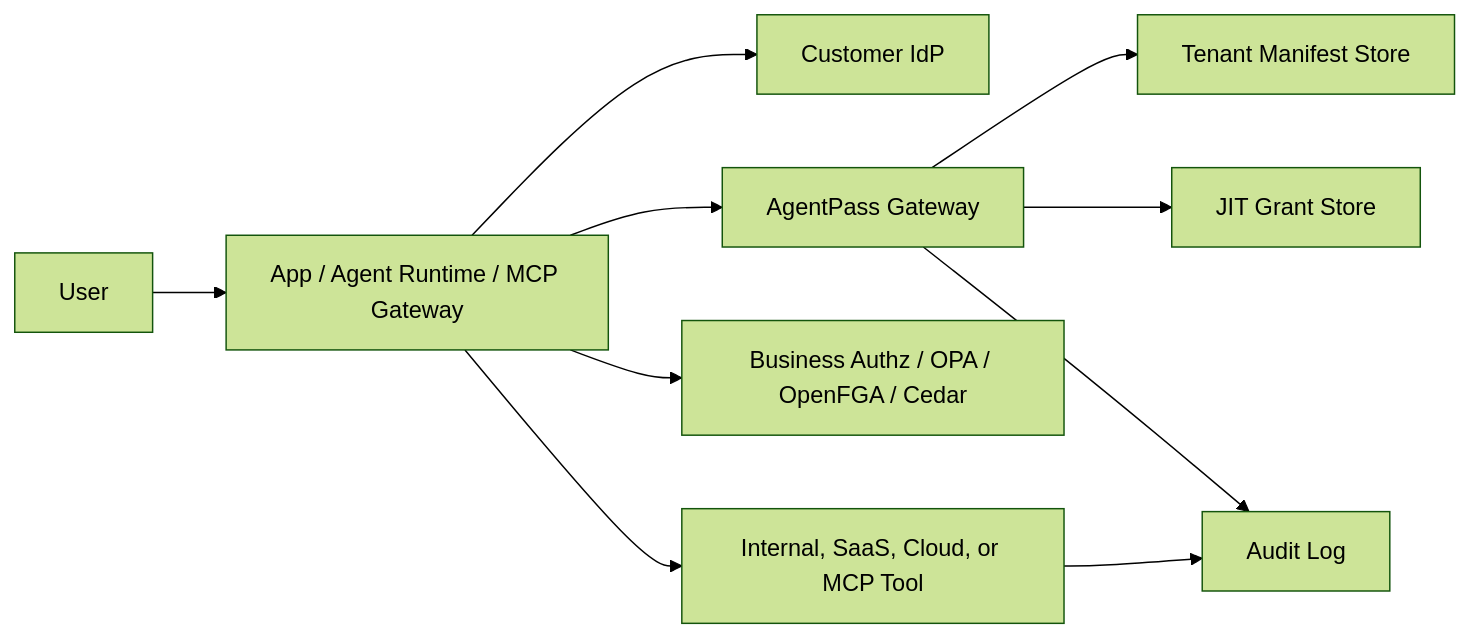
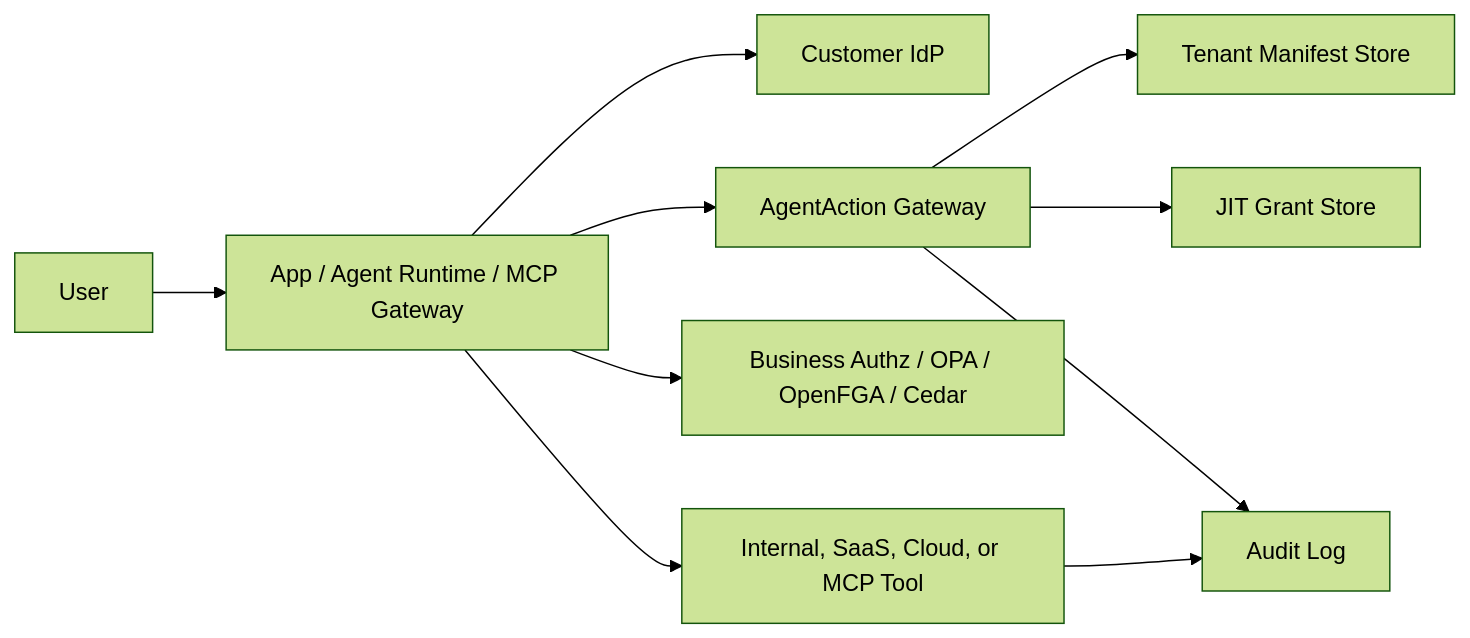
Before and after one commit to dinpd/AgentAction: the diagram in docs/integration-patterns.md, drawn with Mermaid (forest theme). The commit also changed other lines of this file and 174 other files, not shown here.

Commit message:
Rename project to AgentAction (#106) (#107)

````diff
--- a/docs/integration-patterns.md
+++ b/docs/integration-patterns.md
@@ -15,22 +15,22 @@
 ```mermaid
 flowchart LR
     User["User"]
     App["App / Agent Runtime / MCP Gateway"]
     IdP["Customer IdP"]
-    AgentPass["AgentPass Gateway"]
+    AgentAction["AgentAction Gateway"]
     Manifest["Tenant Manifest Store"]
     JIT["JIT Grant Store"]
     Authz["Business Authz / OPA / OpenFGA / Cedar"]
     Tool["Internal, SaaS, Cloud, or MCP Tool"]
     Audit["Audit Log"]
 
     User --> App
     App --> IdP
-    App --> AgentPass
-    AgentPass --> Manifest
-    AgentPass --> JIT
-    AgentPass --> Audit
+    App --> AgentAction
+    AgentAction --> Manifest
+    AgentAction --> JIT
+    AgentAction --> Audit
     App --> Authz
     App --> Tool
     Tool --> Audit
 ```
````
